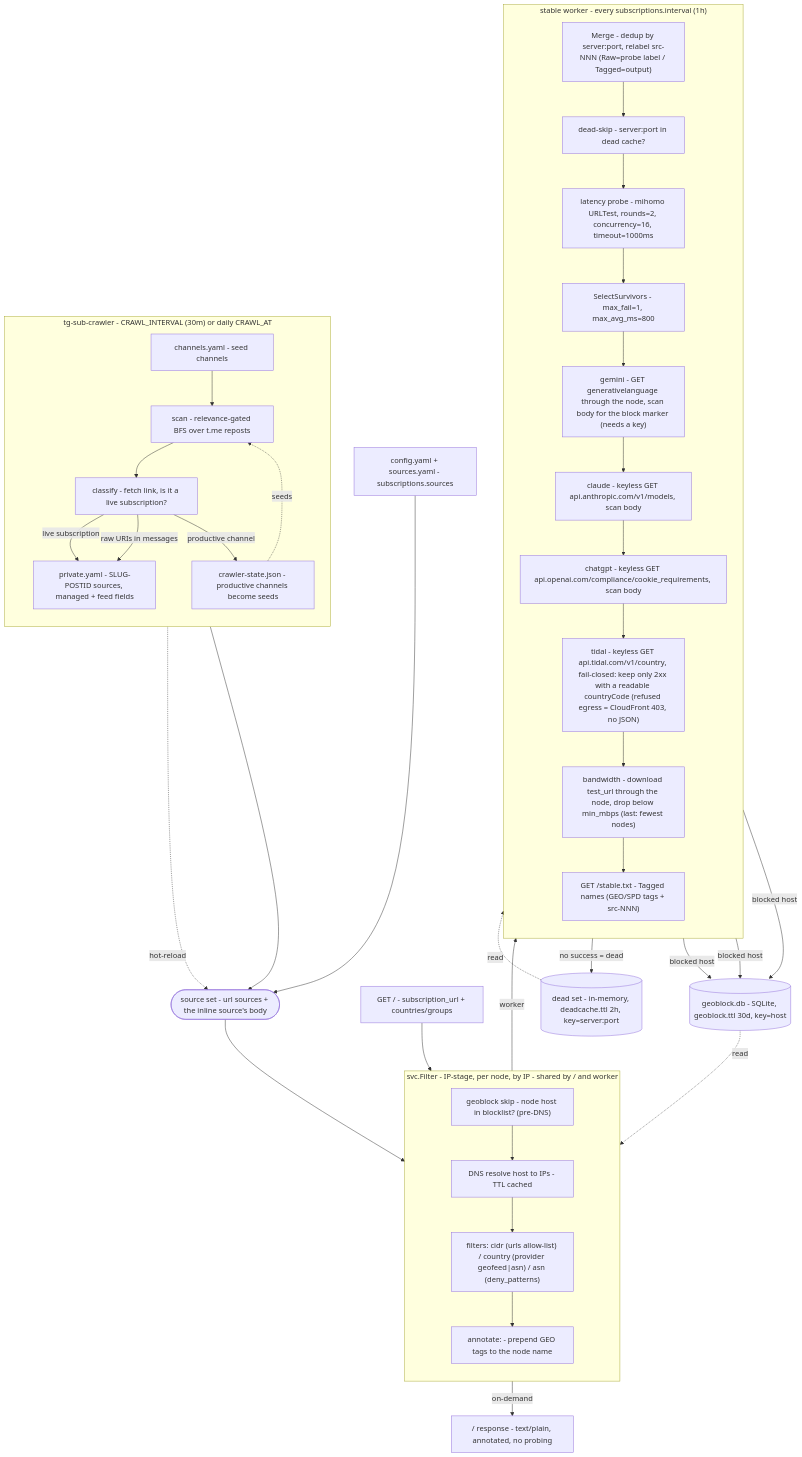
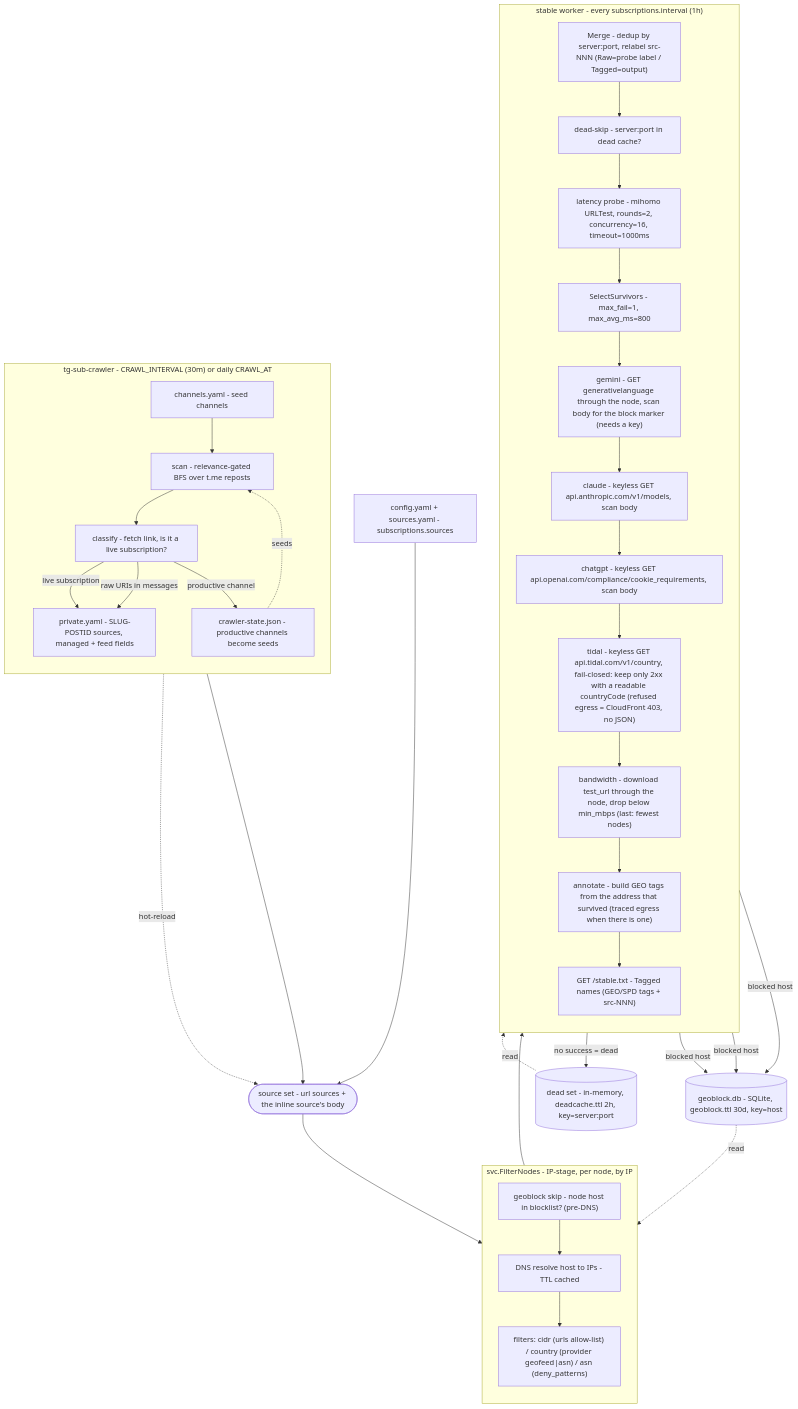
The diagram in pipeline.mmd (labi-le/sub-preprocessor), drawn with Mermaid before and after one commit. The commit also changed 31 other files, not shown here.

Commit message:
server: drop on-demand filter endpoint

```diff
--- a/pipeline.mmd
+++ b/pipeline.mmd
@@ -1,69 +1,65 @@
 %% sub-preprocessor - processing pipeline
 %% ONE ordered `filters:` list feeds two stages:
-%%   IP-stage      = cidr/country/asn, per node by IP, on / and the worker
-%%   through-node  = gemini/claude/chatgpt/tidal/bandwidth, worker only
+%%   IP-stage      = cidr/country/asn, per node by IP, in the worker's preprocess
+%%   through-node  = gemini/claude/chatgpt/tidal/bandwidth, after the latency probe
 flowchart TD
   %% ================= Crawler =================
   subgraph CRAWLER["tg-sub-crawler - CRAWL_INTERVAL (30m) or daily CRAWL_AT"]
     direction TB
     CH["channels.yaml - seed channels"]
     SCAN["scan - relevance-gated BFS over t.me reposts"]
     CLS["classify - fetch link, is it a live subscription?"]
     STATE["crawler-state.json - productive channels become seeds"]
     CH --> SCAN --> CLS
     CLS -->|live subscription| PRIV["private.yaml - SLUG-POSTID sources, managed + feed fields"]
     CLS -->|raw URIs in messages| PRIV
     CLS -->|productive channel| STATE
     STATE -. seeds .-> SCAN
   end
 
   %% ================= Source set =================
   CFG["config.yaml + sources.yaml - subscriptions.sources"]
   SRC(["source set - url sources + the inline source's body"])
   CFG --> SRC
   PRIV --> SRC
   PRIV -. hot-reload .-> SRC
 
-  %% ================= IP-stage filters (shared by both paths) =================
-  subgraph FILTER["svc.Filter - IP-stage, per node, by IP - shared by / and worker"]
+  %% ================= IP-stage filters =================
+  subgraph FILTER["svc.FilterNodes - IP-stage, per node, by IP"]
     direction TB
     GBH["geoblock skip - node host in blocklist? (pre-DNS)"]
     RES["DNS resolve host to IPs - TTL cached"]
     IPF["filters: cidr (urls allow-list) / country (provider geofeed|asn) / asn (deny_patterns)"]
-    ANN["annotate: - prepend GEO tags to the node name"]
-    GBH --> RES --> IPF --> ANN
+    GBH --> RES --> IPF
   end
-
-  %% ================= On-demand path (/) =================
-  REQ["GET / - subscription_url + countries/groups"] --> FILTER
-  FILTER -->|on-demand| OUT1["/ response - text/plain, annotated, no probing"]
 
   %% ================= Stable worker =================
   subgraph WORKER["stable worker - every subscriptions.interval (1h)"]
     direction TB
     MERGE["Merge - dedup by server:port, relabel src-NNN (Raw=probe label / Tagged=output)"]
     DEAD["dead-skip - server:port in dead cache?"]
     LAT["latency probe - mihomo URLTest, rounds=2, concurrency=16, timeout=1000ms"]
     SEL["SelectSurvivors - max_fail=1, max_avg_ms=800"]
     GEM["gemini - GET generativelanguage through the node, scan body for the block marker (needs a key)"]
     CLA["claude - keyless GET api.anthropic.com/v1/models, scan body"]
     CGP["chatgpt - keyless GET api.openai.com/compliance/cookie_requirements, scan body"]
     TDL["tidal - keyless GET api.tidal.com/v1/country, fail-closed: keep only 2xx with a readable countryCode (refused egress = CloudFront 403, no JSON)"]
     BWD["bandwidth - download test_url through the node, drop below min_mbps (last: fewest nodes)"]
+    ANN["annotate - build GEO tags from the address that survived (traced egress when there is one)"]
     PUBL["GET /stable.txt - Tagged names (GEO/SPD tags + src-NNN)"]
-    MERGE --> DEAD --> LAT --> SEL --> GEM --> CLA --> CGP --> TDL --> BWD --> PUBL
+    MERGE --> DEAD --> LAT --> SEL --> GEM --> CLA --> CGP --> TDL --> BWD --> ANN --> PUBL
   end
   SRC --> FILTER
-  FILTER -->|worker| MERGE
+  FILTER --> MERGE
 
   %% ================= Stores =================
   GEODB[("geoblock.db - SQLite, geoblock.ttl 30d, key=host")]
   DEADSET[("dead set - in-memory, deadcache.ttl 2h, key=server:port")]
   GEM -->|blocked host| GEODB
   CLA -->|blocked host| GEODB
   CGP -->|blocked host| GEODB
   %% tidal writes nothing: its verdict is a bare status code, too weak a signal
   %% to persist host-wide for the store's TTL.
   GEODB -. read .-> GBH
   LAT -->|no success = dead| DEADSET
   DEADSET -. read .-> DEAD
```
